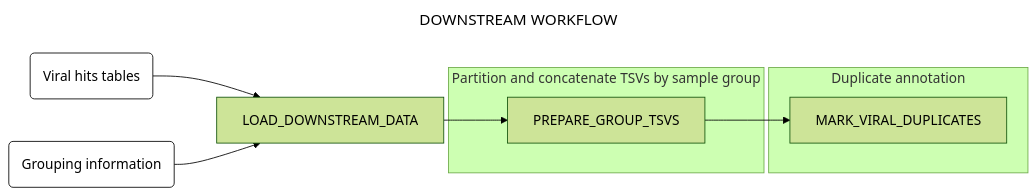
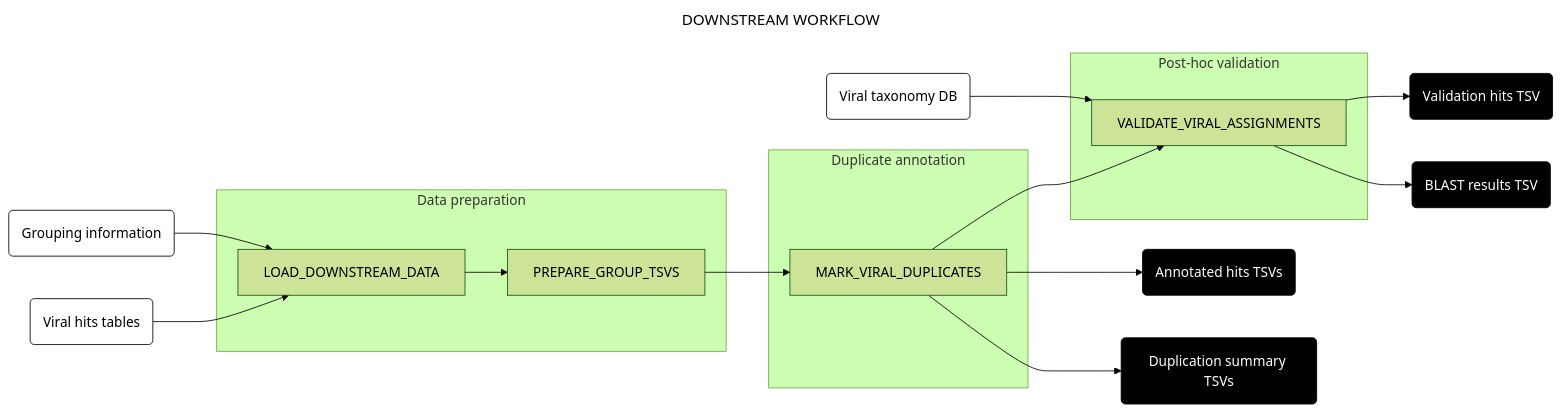
One commit to naobservatory/mgs-workflow changed the first of 11 diagrams in docs/downstream.md. Above: the diagram before and after it, drawn with Mermaid (forest theme). The commit also changed other lines of this file, not shown here.

````diff
--- a/docs/downstream.md
+++ b/docs/downstream.md
@@ -13,19 +13,34 @@
 ```mermaid
 ---
 title: DOWNSTREAM WORKFLOW
 config:
   layout: horizontal
 ---
 flowchart LR
 A(Viral hits tables) & B(Grouping information) --> C[LOAD_DOWNSTREAM_DATA]
 C --> D[PREPARE_GROUP_TSVS]
 D --> E[MARK_VIRAL_DUPLICATES]
-subgraph "Partition and concatenate TSVs by sample group"
+E --> F[VALIDATE_VIRAL_ASSIGNMENTS]
+G(Viral taxonomy DB) --> F
+F --> H(Validation hits TSV)
+F --> I(BLAST results TSV)
+E --> J(Annotated hits TSVs)
+E --> K(Duplication summary TSVs)
+subgraph "Data preparation"
+C
 D
 end
 subgraph "Duplicate annotation"
 E
 end
+subgraph "Post-hoc validation"
+F
+end
 style A fill:#fff,stroke:#000
 style B fill:#fff,stroke:#000
+style G fill:#fff,stroke:#000
+style H fill:#000,color:#fff,stroke:#000
+style I fill:#000,color:#fff,stroke:#000
+style J fill:#000,color:#fff,stroke:#000
+style K fill:#000,color:#fff,stroke:#000
 ```
````
